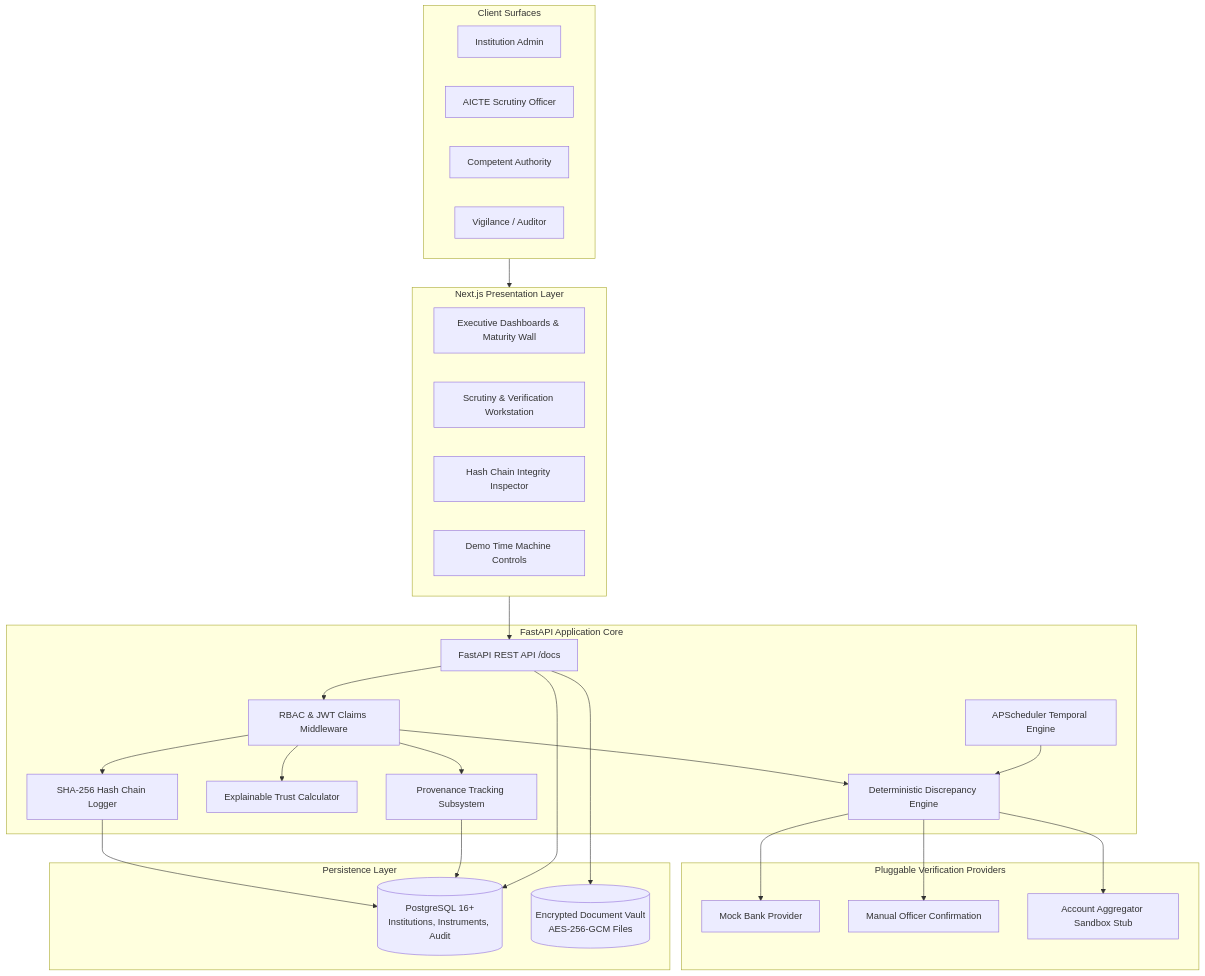
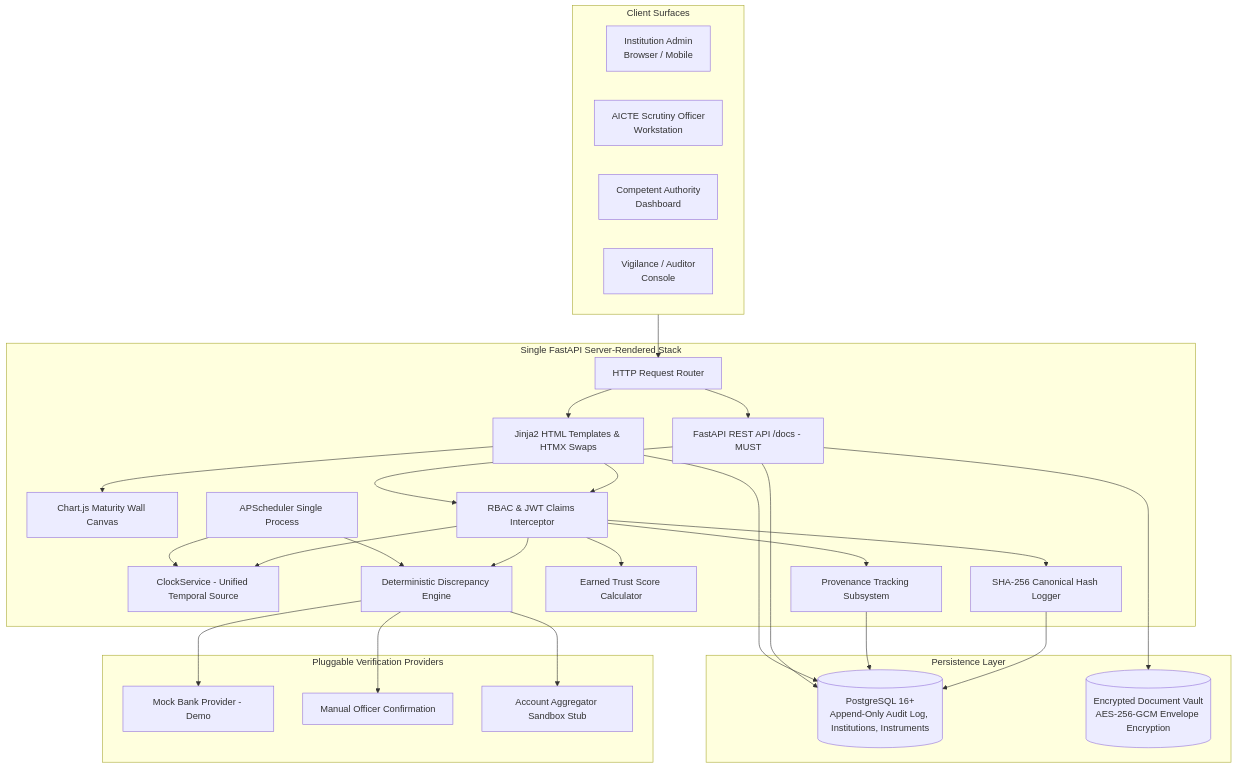
One commit to Shlok82/fdr-sentinel changed the diagram in README.md. Above: the diagram before and after it, drawn with Mermaid. The commit also changed other lines of this file, not shown here.

````diff
--- a/README.md
+++ b/README.md
@@ -48,53 +58,58 @@
 ```mermaid
 graph TD
     subgraph Users [Client Surfaces]
-        IU[Institution Admin]
-        SO[AICTE Scrutiny Officer]
-        CA[Competent Authority]
-        AU[Vigilance / Auditor]
+        IU[Institution Admin<br/>Browser / Mobile]
+        SO[AICTE Scrutiny Officer<br/>Workstation]
+        CA[Competent Authority<br/>Dashboard]
+        AU[Vigilance / Auditor<br/>Console]
     end
 
-    subgraph Frontend [Next.js Presentation Layer]
-        UI_Dash[Executive Dashboards & Maturity Wall]
-        UI_Work[Scrutiny & Verification Workstation]
-        UI_Audit[Hash Chain Integrity Inspector]
-        UI_Time[Demo Time Machine Controls]
-    end
-
-    subgraph Backend [FastAPI Application Core]
-        API[FastAPI REST API /docs]
-        RBAC[RBAC & JWT Claims Middleware]
+    subgraph Unified Application [Single FastAPI Server-Rendered Stack]
+        HTTP_Router[HTTP Request Router]
+        Jinja_Views[Jinja2 HTML Templates & HTMX Swaps]
+        Chart_Canvas[Chart.js Maturity Wall Canvas]
+        API_Endpoints[FastAPI REST API /docs - MUST]
+        RBAC_Middleware[RBAC & JWT Claims Interceptor]
+        Clock[ClockService - Unified Temporal Source]
         RuleEngine[Deterministic Discrepancy Engine]
-        TrustScore[Explainable Trust Calculator]
+        TrustScore[Earned Trust Score Calculator]
         ProvEngine[Provenance Tracking Subsystem]
-        Chainer[SHA-256 Hash Chain Logger]
-        Scheduler[APScheduler Temporal Engine]
+        Chainer[SHA-256 Canonical Hash Logger]
+        Scheduler[APScheduler Single Process]
     end
 
     subgraph Verification [Pluggable Verification Providers]
-        V_Mock[Mock Bank Provider]
+        V_Mock[Mock Bank Provider - Demo]
         V_Manual[Manual Officer Confirmation]
         V_AA[Account Aggregator Sandbox Stub]
     end
 
     subgraph Storage [Persistence Layer]
-        PG[(PostgreSQL 16+<br/>Institutions, Instruments, Audit)]
-        Vault[(Encrypted Document Vault<br/>AES-256-GCM Files)]
+        PG[(PostgreSQL 16+<br/>Append-Only Audit Log, Institutions, Instruments)]
+        Vault[(Encrypted Document Vault<br/>AES-256-GCM Envelope Encryption)]
     end
 
-    Users --> Frontend
-    Frontend --> API
-    API --> RBAC
-    RBAC --> RuleEngine
-    RBAC --> TrustScore
-    RBAC --> ProvEngine
-    RBAC --> Chainer
+    Users --> HTTP_Router
+    HTTP_Router --> Jinja_Views
+    HTTP_Router --> API_Endpoints
+    Jinja_Views --> Chart_Canvas
+
+    Jinja_Views --> RBAC_Middleware
+    API_Endpoints --> RBAC_Middleware
+
+    RBAC_Middleware --> Clock
+    RBAC_Middleware --> RuleEngine
+    RBAC_Middleware --> TrustScore
+    RBAC_Middleware --> ProvEngine
+    RBAC_Middleware --> Chainer
+    Scheduler --> Clock
     Scheduler --> RuleEngine
     RuleEngine --> V_Mock
     RuleEngine --> V_Manual
     RuleEngine --> V_AA
     Chainer --> PG
     ProvEngine --> PG
-    API --> PG
-    API --> Vault
+    API_Endpoints --> PG
+    Jinja_Views --> PG
+    API_Endpoints --> Vault
 ```
````
